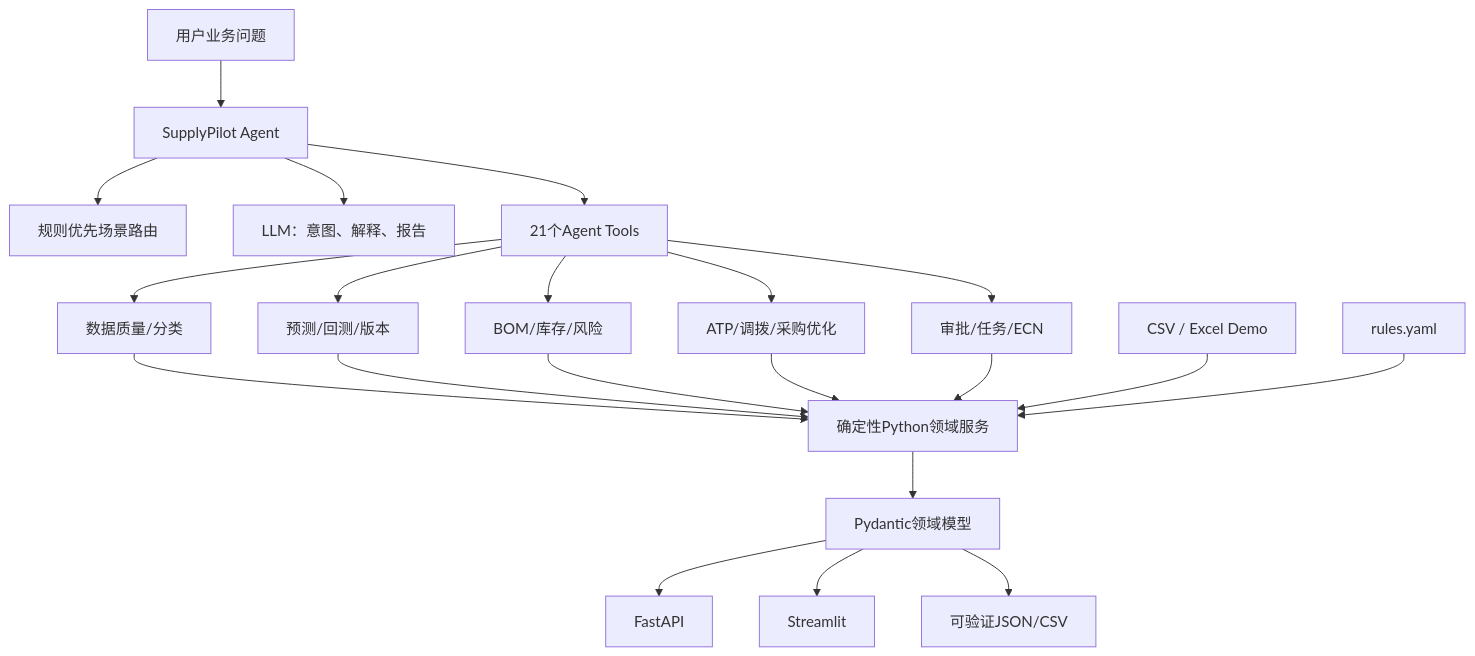
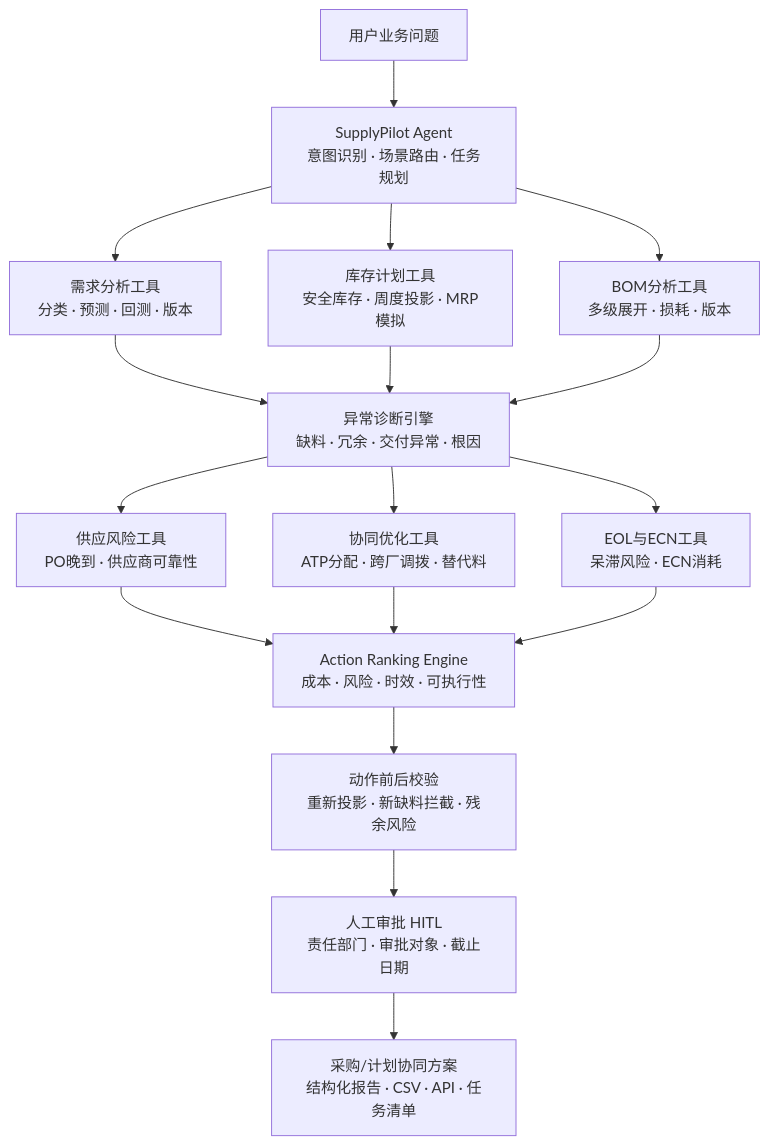
Before and after one commit to lxingwei81-ux/supplypilot-agent: the third of 3 diagrams in README.md, drawn with Mermaid. The commit also changed other lines of this file, not shown here.

Commit message:
docs: update agent business orchestration framework

````diff
--- a/README.md
+++ b/README.md
@@ -179,23 +179,24 @@
 ```mermaid
 flowchart TB
-    U["用户业务问题"] --> AG["SupplyPilot Agent"]
-    AG --> RT["规则优先场景路由"]
-    AG --> LLM["LLM：意图、解释、报告"]
-    AG --> TOOLS["21个Agent Tools"]
-    TOOLS --> DQ["数据质量/分类"]
-    TOOLS --> FC["预测/回测/版本"]
-    TOOLS --> BI["BOM/库存/风险"]
-    TOOLS --> OP["ATP/调拨/采购优化"]
-    TOOLS --> WF["审批/任务/ECN"]
-    DQ --> PY["确定性Python领域服务"]
-    FC --> PY
-    BI --> PY
-    OP --> PY
-    WF --> PY
-    PY --> MD["Pydantic领域模型"]
-    MD --> API["FastAPI"]
-    MD --> UI["Streamlit"]
-    MD --> JSON["可验证JSON/CSV"]
-    DATA["CSV / Excel Demo"] --> PY
-    RULES["rules.yaml"] --> PY
+    U["用户业务问题"] --> A["SupplyPilot Agent<br/>意图识别 · 场景路由 · 任务规划"]
+
+    A --> D["需求分析工具<br/>分类 · 预测 · 回测 · 版本"]
+    A --> I["库存计划工具<br/>安全库存 · 周度投影 · MRP模拟"]
+    A --> B["BOM分析工具<br/>多级展开 · 损耗 · 版本"]
+
+    D --> R["异常诊断引擎<br/>缺料 · 冗余 · 交付异常 · 根因"]
+    I --> R
+    B --> R
+
+    R --> S["供应风险工具<br/>PO晚到 · 供应商可靠性"]
+    R --> T["协同优化工具<br/>ATP分配 · 跨厂调拨 · 替代料"]
+    R --> E["EOL与ECN工具<br/>呆滞风险 · ECN消耗"]
+
+    S --> AR["Action Ranking Engine<br/>成本 · 风险 · 时效 · 可执行性"]
+    T --> AR
+    E --> AR
+
+    AR --> V["动作前后校验<br/>重新投影 · 新缺料拦截 · 残余风险"]
+    V --> H["人工审批 HITL<br/>责任部门 · 审批对象 · 截止日期"]
+    H --> O["采购/计划协同方案<br/>结构化报告 · CSV · API · 任务清单"]
 ```
````
